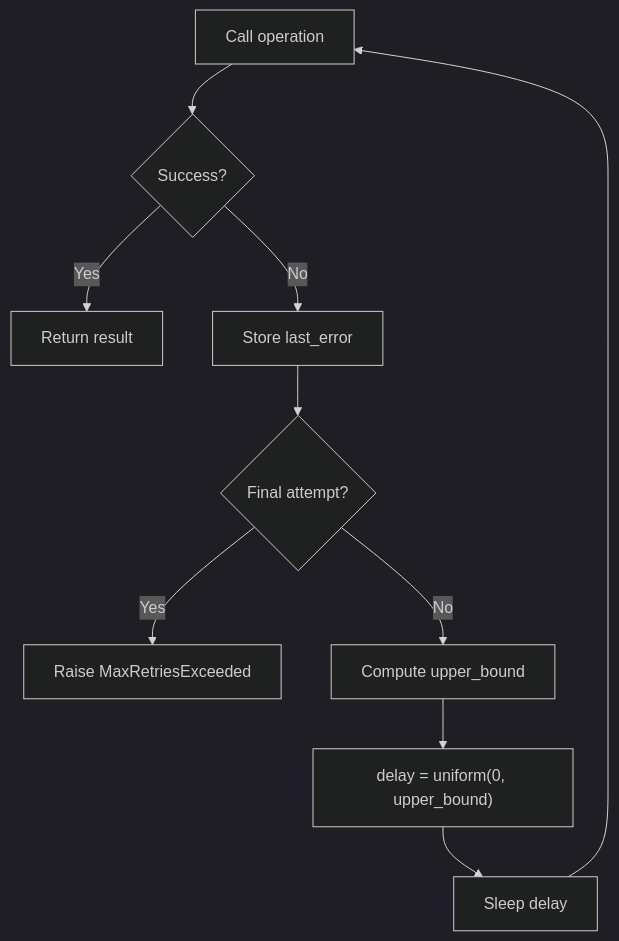
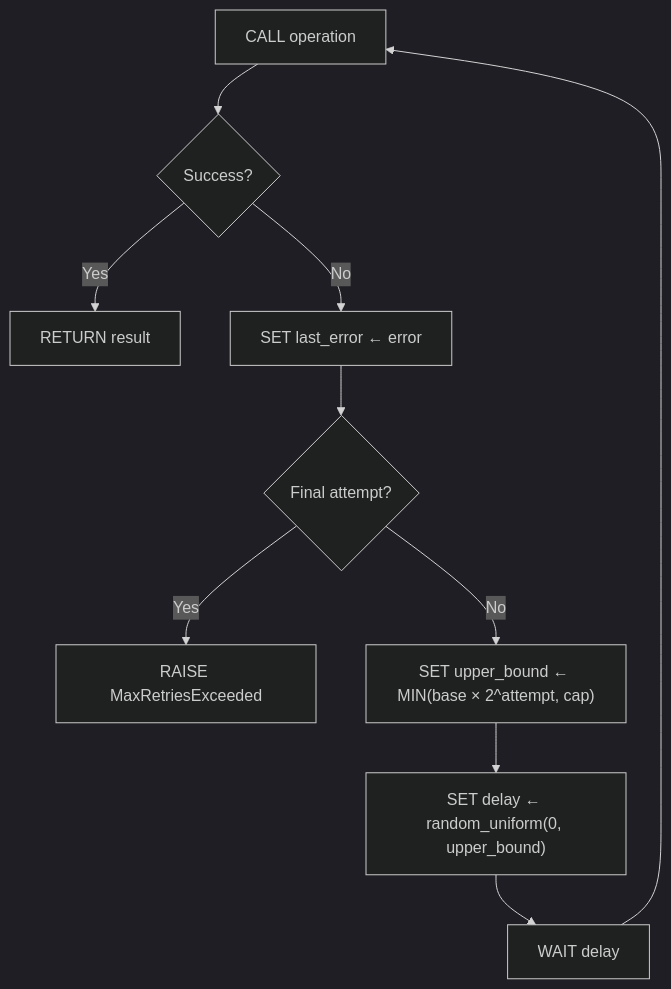
One commit to Lewdwig-V/unslop changed the diagram in stress-tests/jitter/src/retry.py.impl.md. Above: the diagram before and after it, drawn with Mermaid (dark theme). The commit also changed other lines of this file and 5 other files, not shown here.

````diff
--- a/stress-tests/jitter/src/retry.py.impl.md
+++ b/stress-tests/jitter/src/retry.py.impl.md
@@ -37,12 +38,12 @@
 ```mermaid
 graph TD
-    A[Call operation] --> B{Success?}
-    B -->|Yes| C[Return result]
-    B -->|No| D[Store last_error]
+    A[CALL operation] --> B{Success?}
+    B -->|Yes| C[RETURN result]
+    B -->|No| D["SET last_error ← error"]
     D --> E{Final attempt?}
-    E -->|Yes| F[Raise MaxRetriesExceeded]
-    E -->|No| G[Compute upper_bound]
-    G --> H["delay = uniform(0, upper_bound)"]
-    H --> I[Sleep delay]
+    E -->|Yes| F[RAISE MaxRetriesExceeded]
+    E -->|No| G["SET upper_bound ← MIN(base × 2^attempt, cap)"]
+    G --> H["SET delay ← random_uniform(0, upper_bound)"]
+    H --> I[WAIT delay]
     I --> A
 ```
````
